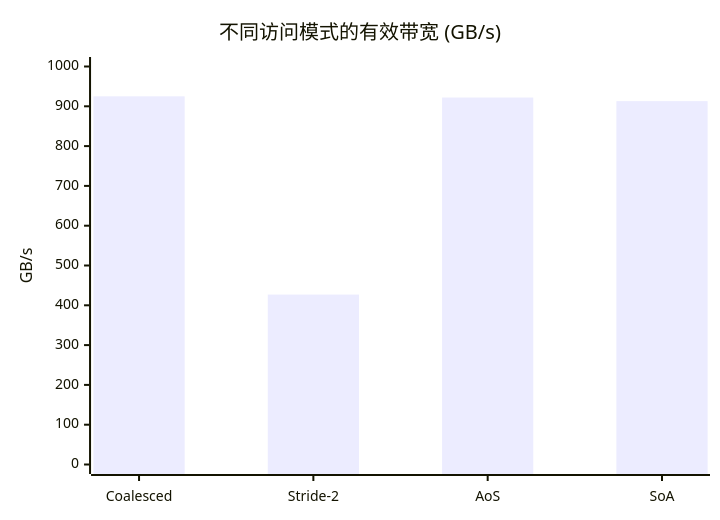
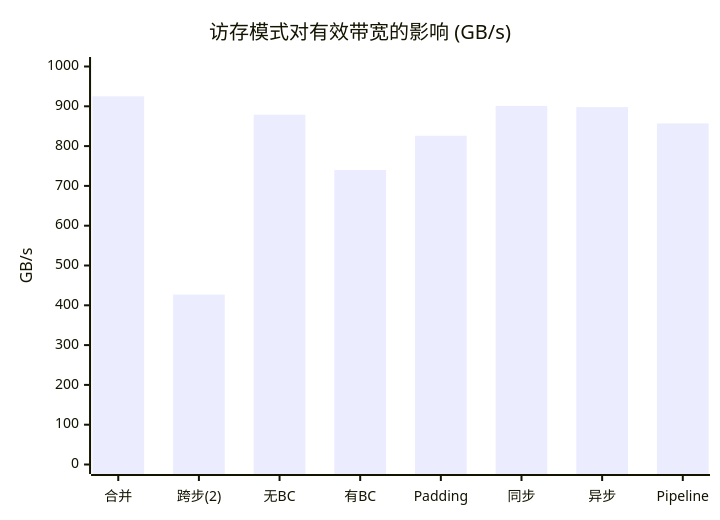
Before and after one commit to psmarter/CUDA-Practice: the second of 2 diagrams in Blogs/10_Memory_Optimization_Coalescing_BankConflict.md, drawn with Mermaid. The commit also changed other lines of this file and 28 other files, not shown here.

````diff
--- a/Blogs/10_Memory_Optimization_Coalescing_BankConflict.md
+++ b/Blogs/10_Memory_Optimization_Coalescing_BankConflict.md
@@ -189,7 +132,7 @@
 ```mermaid
 xychart-beta
-  title "不同访问模式的有效带宽 (GB/s)"
-  x-axis ["Coalesced", "Stride-2", "AoS", "SoA"]
+  title "访存模式对有效带宽的影响 (GB/s)"
+  x-axis ["合并", "跨步(2)", "无BC", "有BC", "Padding", "同步", "异步", "Pipeline"]
   y-axis "GB/s" 0 --> 1000
-  bar [925, 427, 922, 913]
+  bar [925, 427, 879, 740, 826, 901, 898, 857]
 ```
````
